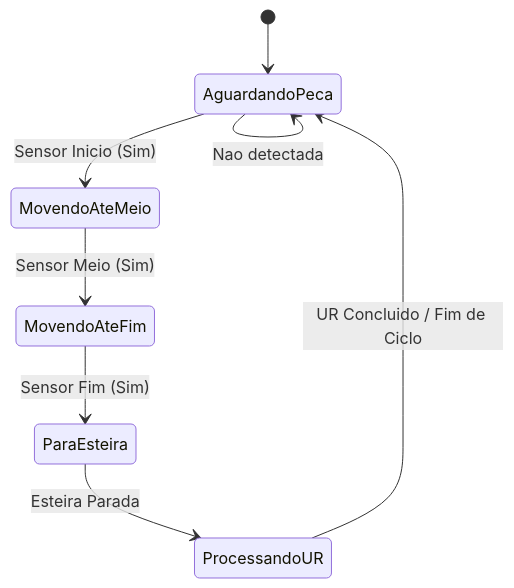
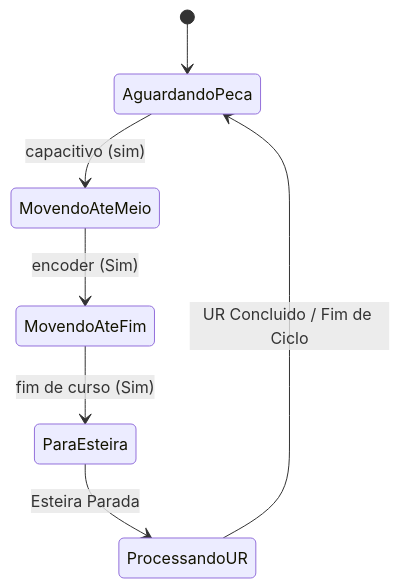
Before and after one commit to MarcoAntOliveira/operacao_esteira: the diagram in README.md, drawn with Mermaid. The commit also changed other lines of this file and 130 other files, not shown here.

````diff
--- a/README.md
+++ b/README.md
@@ -6,15 +24,13 @@
 ```mermaid
    stateDiagram-v2
     [*] --> AguardandoPeca
+    AguardandoPeca --> MovendoAteMeio: capacitivo (sim)
 
-    AguardandoPeca --> AguardandoPeca: Nao detectada
-    AguardandoPeca --> MovendoAteMeio: Sensor Inicio (Sim)
+    MovendoAteMeio --> MovendoAteFim: encoder (Sim)
 
-    MovendoAteMeio --> MovendoAteFim: Sensor Meio (Sim)
-
-    MovendoAteFim --> ParaEsteira: Sensor Fim (Sim)
+    MovendoAteFim --> ParaEsteira: fim de curso (Sim)
 
     ParaEsteira --> ProcessandoUR: Esteira Parada
     
-    ProcessandoUR --> AguardandoPeca: UR Concluido / Fim de Ciclo 
+    ProcessandoUR --> AguardandoPeca: UR Concluido / Fim de Ciclo  
 ```
````
